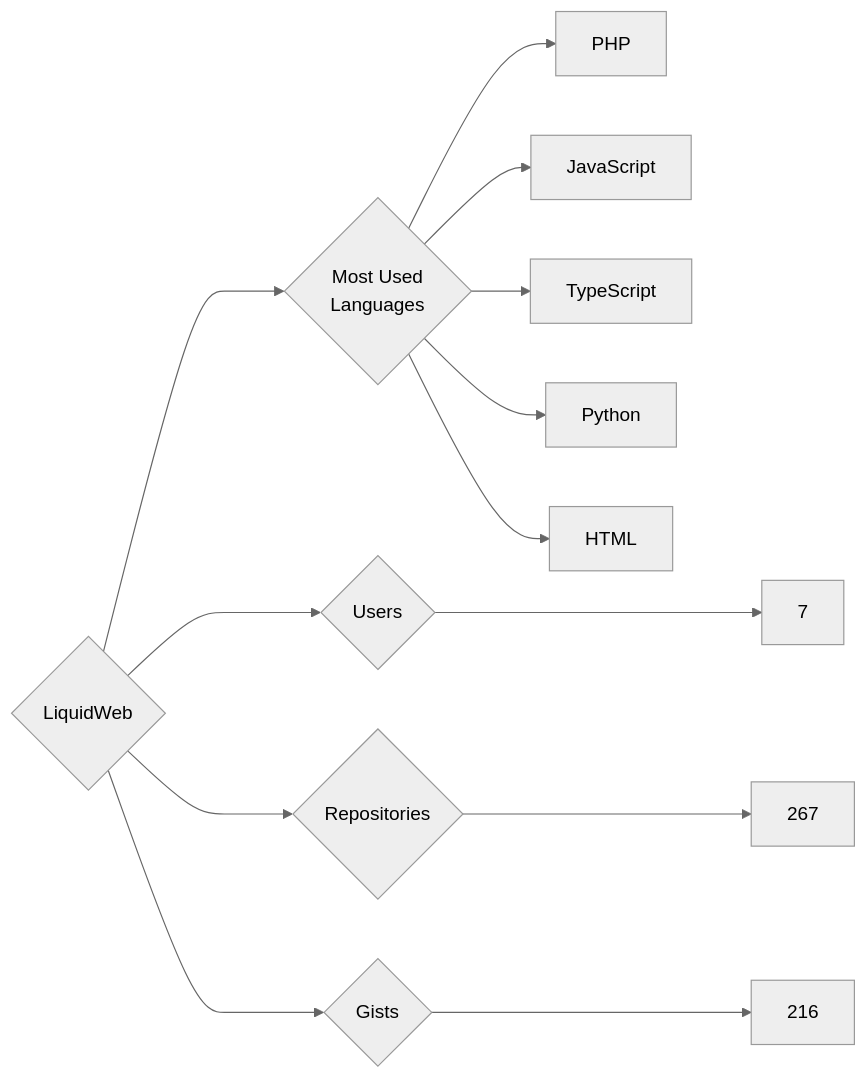
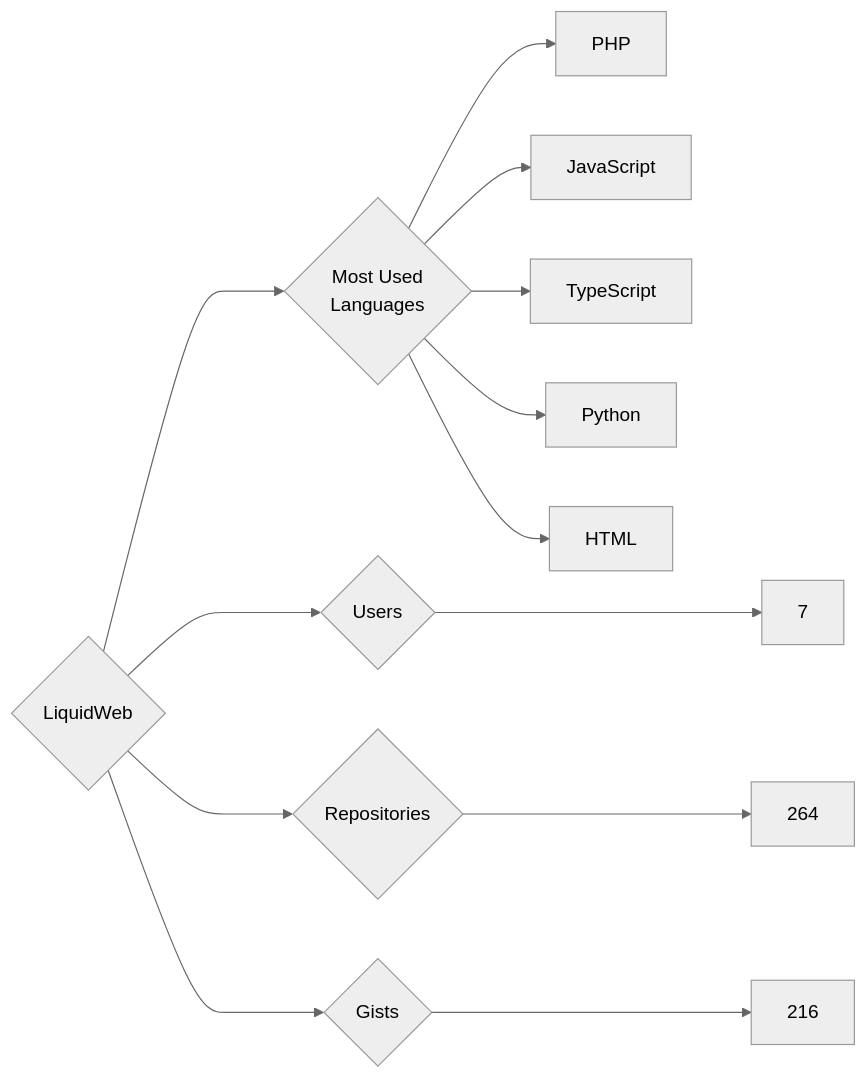
The diagram in targets/LiquidWeb/README.md (trickest/insiders), drawn with Mermaid (neutral theme) before and after one commit. The commit also changed 748 other files, not shown here.

````diff
--- a/targets/LiquidWeb/README.md
+++ b/targets/LiquidWeb/README.md
@@ -3,13 +3,13 @@
 ```mermaid
 graph LR
 COMPANY_NAME{LiquidWeb}
 COMPANY_NAME ---> U{Users} ---> UN[7]
-COMPANY_NAME ---> R{Repositories} ---> RN[267]
+COMPANY_NAME ---> R{Repositories} ---> RN[264]
 COMPANY_NAME ---> G{Gists} ---> GN[216]
 COMPANY_NAME ---> ML{Most Used<br>Languages}
 ML --> PHP[PHP]
 ML --> JavaScript[JavaScript]
 ML --> TypeScript[TypeScript]
 ML --> Python[Python]
 ML --> HTML[HTML]
 ```
````
